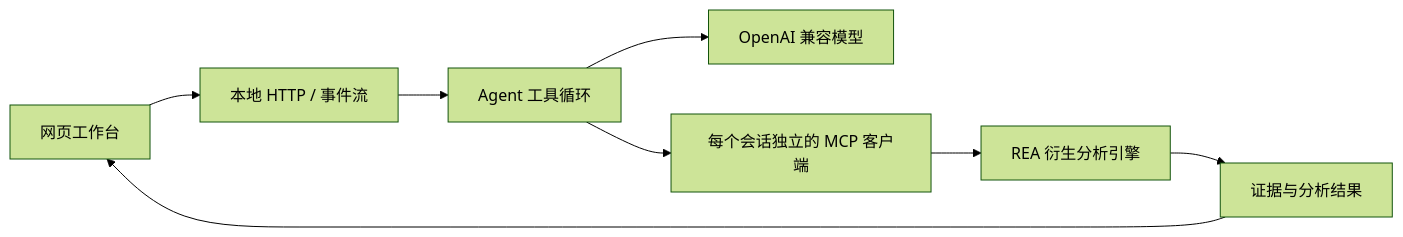
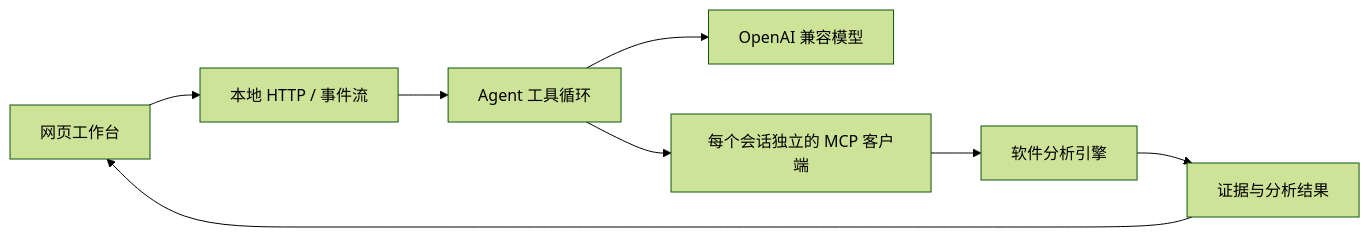
Before and after one commit to leo-ai-pm/rea-assistant: the diagram in README.md, drawn with Mermaid (forest theme). The commit also changed other lines of this file and 1 other file, not shown here.

````diff
--- a/README.md
+++ b/README.md
@@ -43,10 +41,10 @@
 ```mermaid
 flowchart LR
   UI[网页工作台] --> HTTP[本地 HTTP / 事件流]
   HTTP --> Agent[Agent 工具循环]
   Agent --> Model[OpenAI 兼容模型]
   Agent --> MCP[每个会话独立的 MCP 客户端]
-  MCP --> Engine[REA 衍生分析引擎]
+  MCP --> Engine[软件分析引擎]
   Engine --> Evidence[证据与分析结果]
   Evidence --> UI
 ```
````
